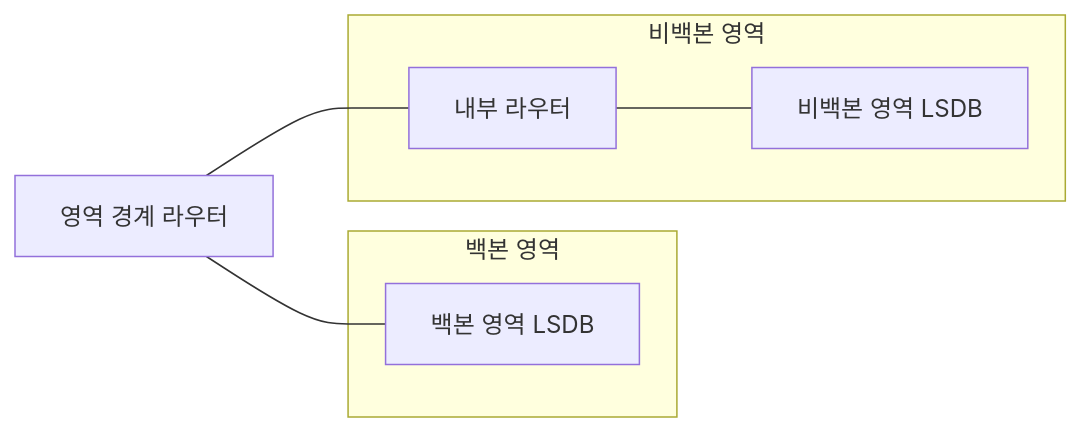
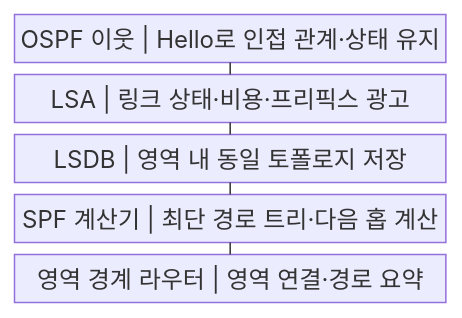
Before and after one commit to agnusdei1207/knowledge-base: the first of 2 diagrams in src/content/docs/notes/04-network/011_ospf_link_state_routing.md, drawn with Mermaid. The commit also changed other lines of this file and 20 other files, not shown here.

````diff
--- a/src/content/docs/notes/04-network/011_ospf_link_state_routing.md
+++ b/src/content/docs/notes/04-network/011_ospf_link_state_routing.md
@@ -61,14 +62,13 @@
 ```mermaid
-flowchart LR
-    subgraph B["백본 영역"]
-        D0["백본 영역 LSDB"]
-    end
-    A["영역 경계 라우터"]
-    subgraph N["비백본 영역"]
-        IR["내부 라우터"]
-        D1["비백본 영역 LSDB"]
-        IR --- D1
-    end
-    A --- D0
-    A --- IR
+block
+    columns 1
+    A["OSPF 이웃 | Hello로 인접 관계·상태 유지"]
+    B["LSA | 링크 상태·비용·프리픽스 광고"]
+    C["LSDB | 영역 내 동일 토폴로지 저장"]
+    D["SPF 계산기 | 최단 경로 트리·다음 홉 계산"]
+    E["영역 경계 라우터 | 영역 연결·경로 요약"]
+    A --- B
+    B --- C
+    C --- D
+    D --- E
 ```
````
